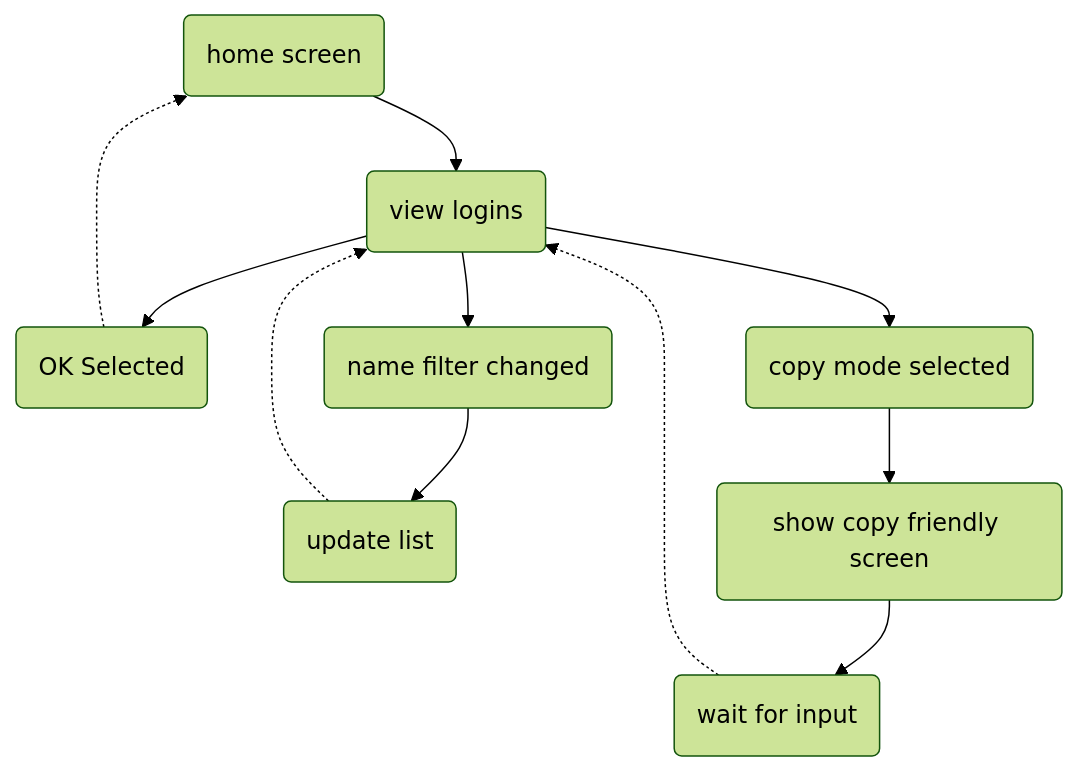
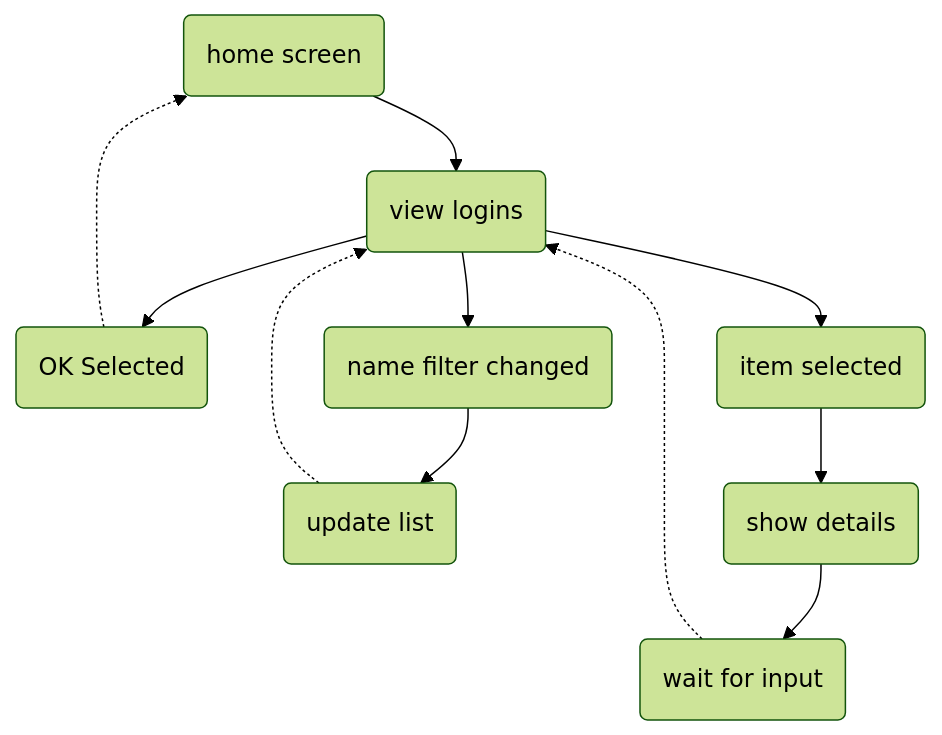
Before and after one commit to pxp888/passcodes: the third of 3 diagrams in README.md, drawn with Mermaid (forest theme). The commit also changed other lines of this file and 1 other file, not shown here.

```diff
--- a/README.md
+++ b/README.md
@@ -73,8 +91,8 @@
 ~~~mermaid
 graph TD
 hs(home screen)-->vl(view logins)
 
 vl-->ok(OK Selected)-.->hs
 vl-->nc(name filter changed)-->up(update list)-.->vl
-vl-->cm(copy mode selected)-->sc(show copy friendly screen)-->sc2(wait for input)-.->vl
+vl-->is(item selected)-->sd(show details)-->wt(wait for input)-.->vl
 ~~~
```
